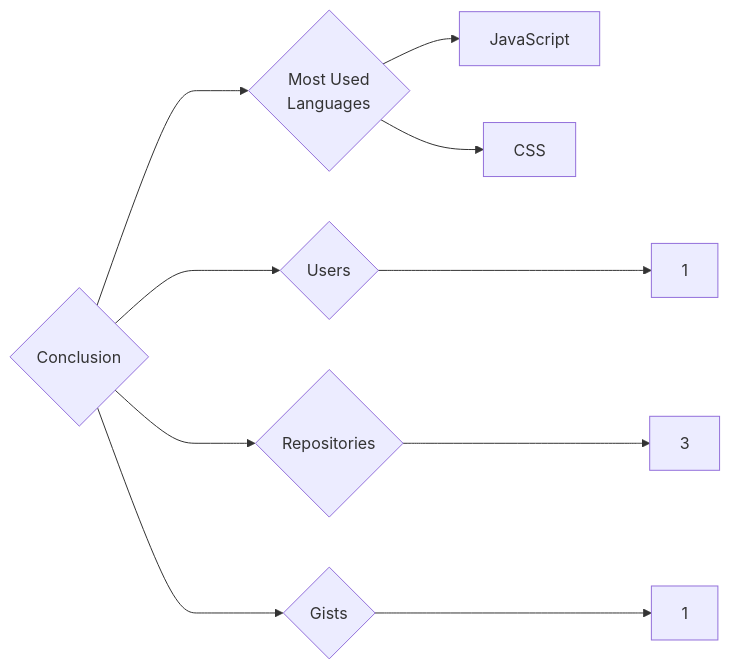
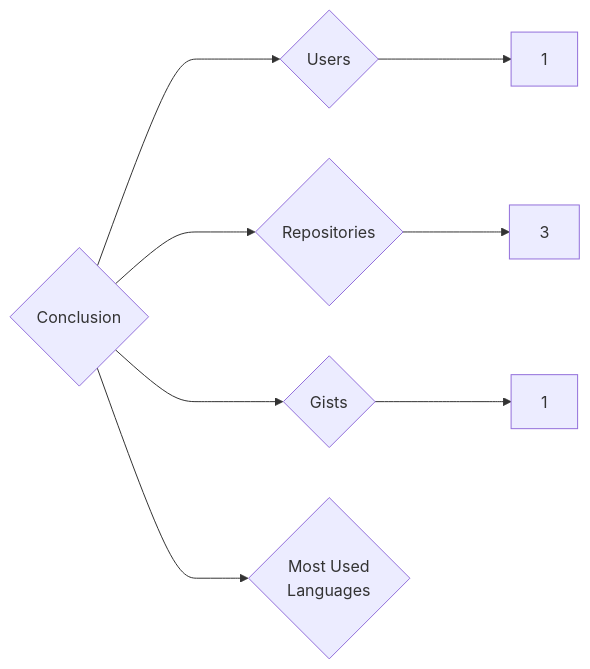
One commit to trickest/insiders changed the diagram in targets/Conclusion/README.md. Above: the diagram before and after it, drawn with Mermaid. The commit also changed 1007 other files, not shown here.

````diff
--- a/targets/Conclusion/README.md
+++ b/targets/Conclusion/README.md
@@ -3,10 +3,8 @@
 ```mermaid
 graph LR
 COMPANY_NAME{Conclusion}
 COMPANY_NAME ---> U{Users} ---> UN[1]
 COMPANY_NAME ---> R{Repositories} ---> RN[3]
 COMPANY_NAME ---> G{Gists} ---> GN[1]
 COMPANY_NAME ---> ML{Most Used<br>Languages}
-ML --> JavaScript[JavaScript]
-ML --> CSS[CSS]
 ```
````
